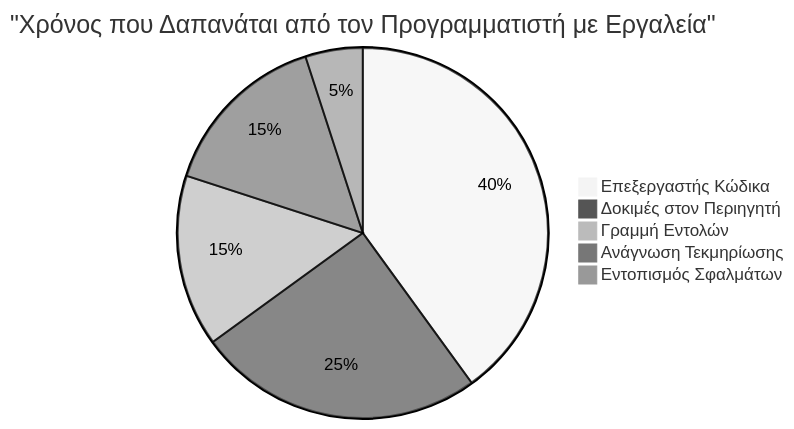
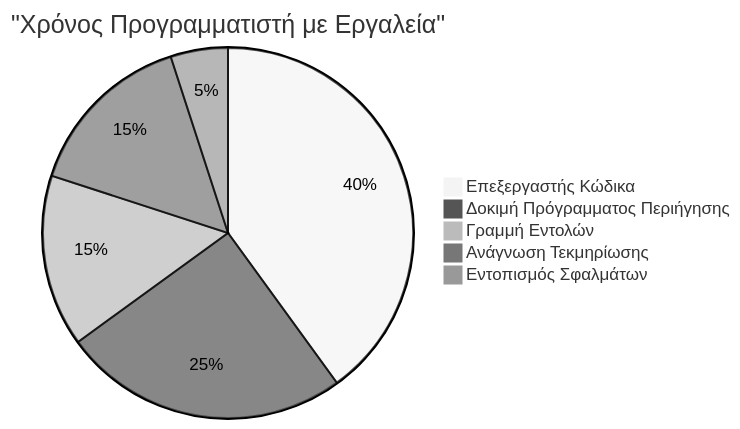
The sixth of 7 diagrams in translations/el/1-getting-started-lessons/1-intro-to-programming-languages/README.md (microsoft/Web-Dev-For-Beginners), drawn with Mermaid (neutral theme) before and after one commit. The commit also changed other lines of this file and 8 other files, not shown here.

````diff
--- a/translations/el/1-getting-started-lessons/1-intro-to-programming-languages/README.md
+++ b/translations/el/1-getting-started-lessons/1-intro-to-programming-languages/README.md
@@ -713,8 +711,8 @@
 ```mermaid
-pie title "Χρόνος που Δαπανάται από τον Προγραμματιστή με Εργαλεία"
+pie title "Χρόνος Προγραμματιστή με Εργαλεία"
     "Επεξεργαστής Κώδικα" : 40
-    "Δοκιμές στον Περιηγητή" : 25
+    "Δοκιμή Πρόγραμματος Περιήγησης" : 25
     "Γραμμή Εντολών" : 15
     "Ανάγνωση Τεκμηρίωσης" : 15
     "Εντοπισμός Σφαλμάτων" : 5
-```
+```  
````
